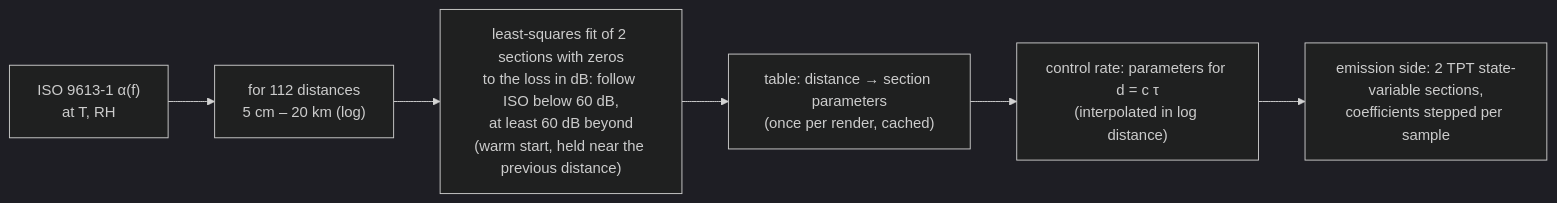
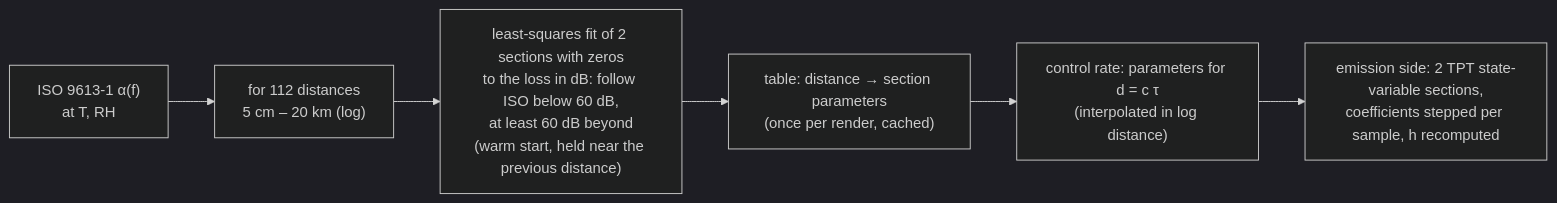
Before and after one commit to Agents-Robots/soundstage: the diagram in research/models/air-absorption.md, drawn with Mermaid (dark theme). The commit also changed other lines of this file and 13 other files, not shown here.

First line of the commit message:
Air stage: recompute h per sample; report non-finite output (#42)

````diff
--- a/research/models/air-absorption.md
+++ b/research/models/air-absorption.md
@@ -28,8 +28,8 @@
 ```mermaid
 flowchart LR
     A["ISO 9613-1 α(f)<br/>at T, RH"] --> B["for 112 distances<br/>5 cm – 20 km (log)"]
     B --> C["least-squares fit of 2 sections with zeros<br/>to the loss in dB: follow ISO below 60 dB,<br/>at least 60 dB beyond<br/>(warm start, held near the previous distance)"]
     C --> D["table: distance → section parameters<br/>(once per render, cached)"]
     D --> E["control rate: parameters for d = c τ<br/>(interpolated in log distance)"]
-    E --> F["emission side: 2 TPT state-variable sections,<br/>coefficients stepped per sample"]
+    E --> F["emission side: 2 TPT state-variable sections,<br/>coefficients stepped per sample, h recomputed"]
 ```
````
